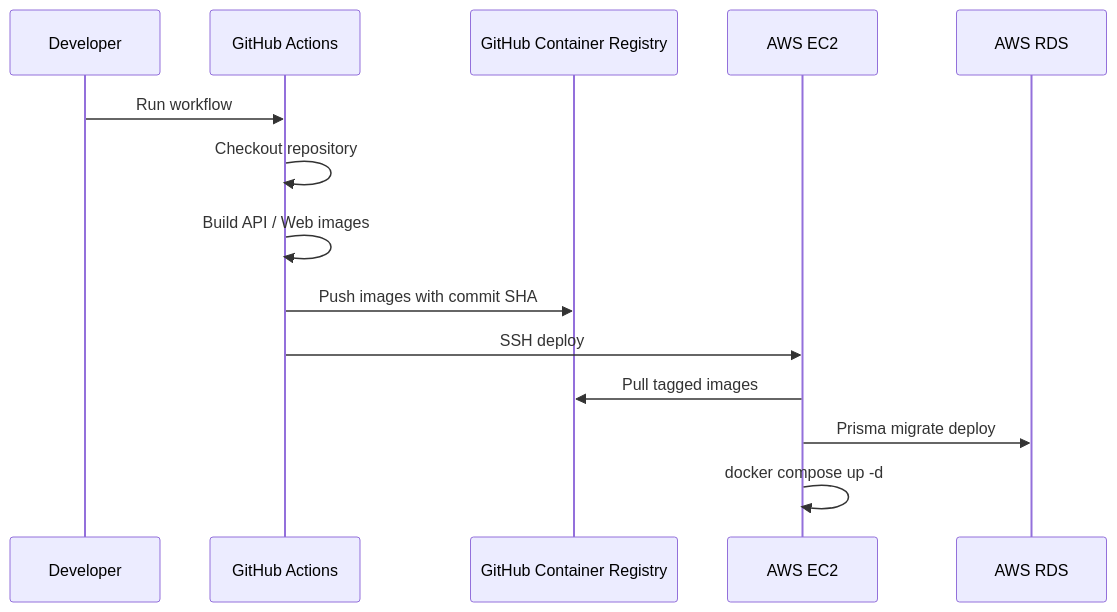
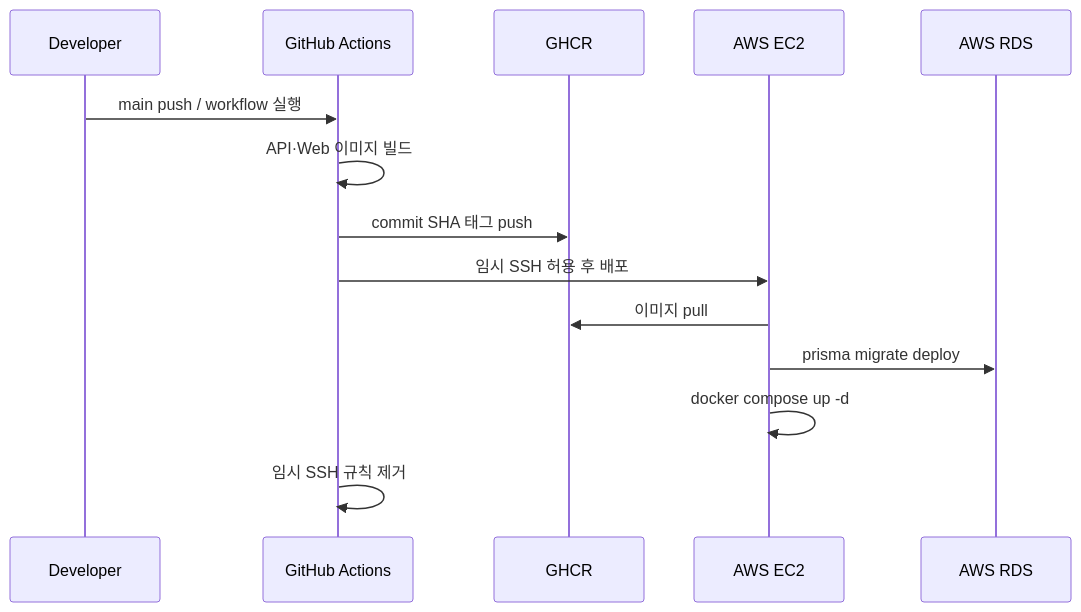
The third of 3 diagrams in README.md (ITwoo/chat-ai-agent), drawn with Mermaid before and after one commit. The commit also changed other lines of this file, not shown here.

````diff
--- a/README.md
+++ b/README.md
@@ -144,17 +347,17 @@
 ```mermaid
 sequenceDiagram
-    participant Dev as Developer
+    participant DEV as Developer
     participant GH as GitHub Actions
-    participant GHCR as GitHub Container Registry
+    participant CR as GHCR
     participant EC2 as AWS EC2
     participant RDS as AWS RDS
 
-    Dev->>GH: Run workflow
-    GH->>GH: Checkout repository
-    GH->>GH: Build API / Web images
-    GH->>GHCR: Push images with commit SHA
-    GH->>EC2: SSH deploy
-    EC2->>GHCR: Pull tagged images
-    EC2->>RDS: Prisma migrate deploy
+    DEV->>GH: main push / workflow 실행
+    GH->>GH: API·Web 이미지 빌드
+    GH->>CR: commit SHA 태그 push
+    GH->>EC2: 임시 SSH 허용 후 배포
+    EC2->>CR: 이미지 pull
+    EC2->>RDS: prisma migrate deploy
     EC2->>EC2: docker compose up -d
+    GH->>GH: 임시 SSH 규칙 제거
 ```
````
